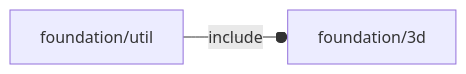
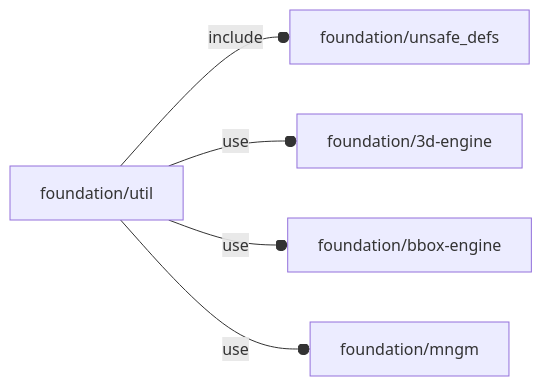
The diagram in orthodocs/foundation/util.md (ggabbiani/OFL), drawn with Mermaid before and after one commit. The commit also changed 74 other files, not shown here.

````diff
--- a/orthodocs/foundation/util.md
+++ b/orthodocs/foundation/util.md
@@ -5,4 +5,7 @@
 ```mermaid
 graph LR
-    A1[foundation/util] --o|include| A2[foundation/3d]
+    A1[foundation/util] --o|include| A2[foundation/unsafe_defs]
+    A1 --o|use| A3[foundation/3d-engine]
+    A1 --o|use| A4[foundation/bbox-engine]
+    A1 --o|use| A5[foundation/mngm]
 ```
````
